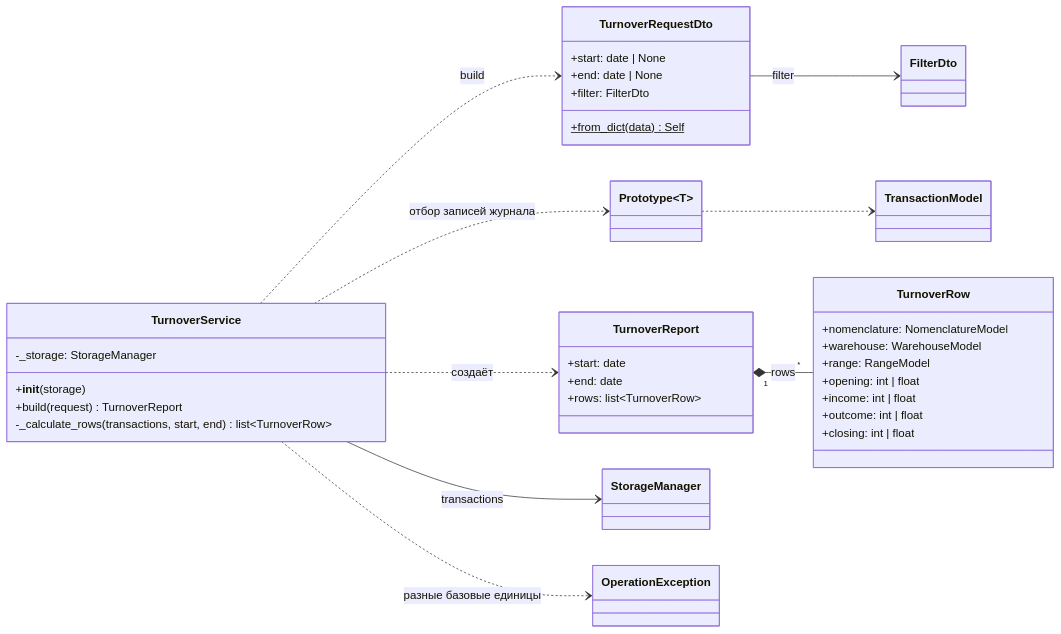
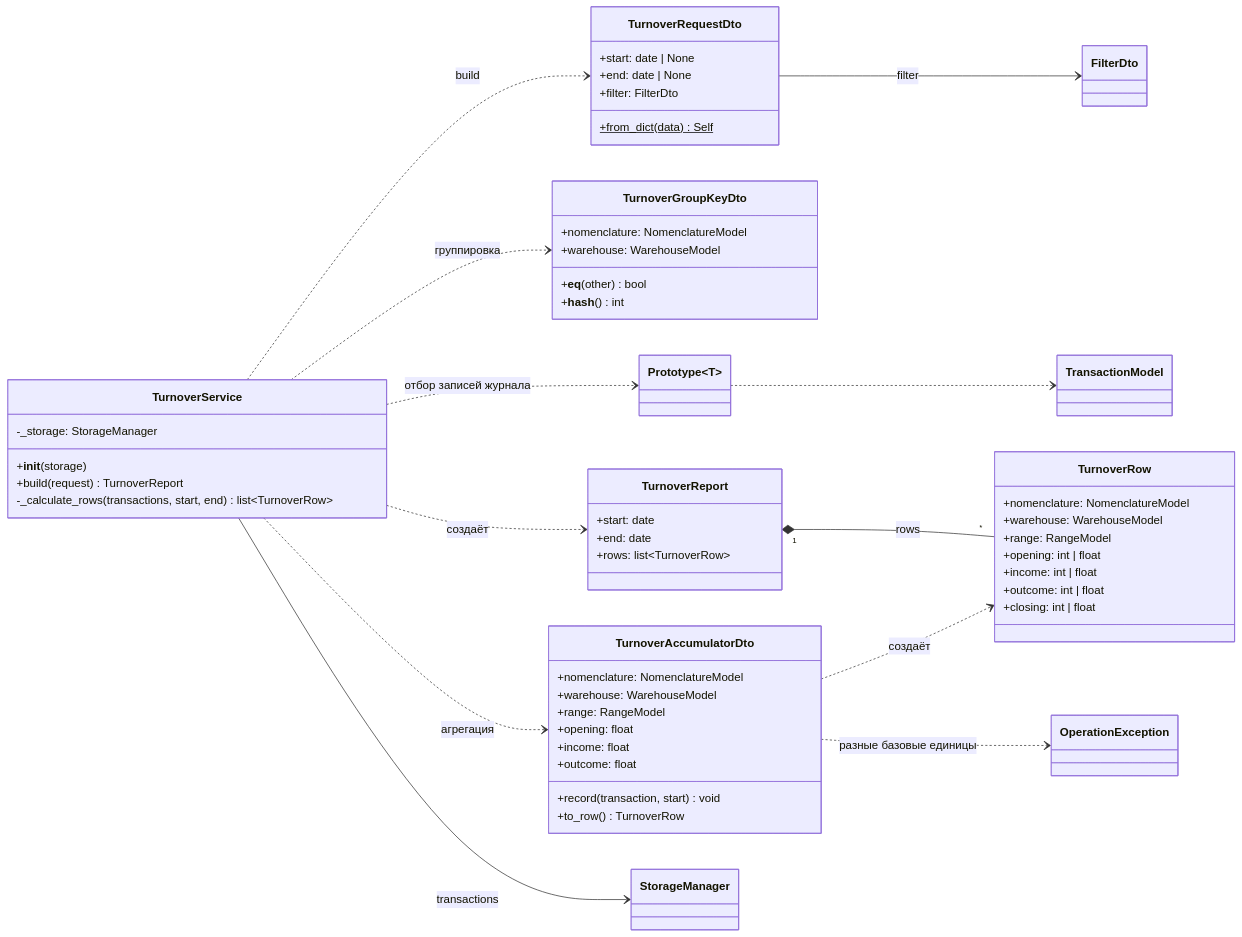
One commit to asutenshi/design-patterns changed diagram 12 of 12 in Docs/ClassDiagram.md. Above: the diagram before and after it, drawn with Mermaid. The commit also changed other lines of this file and 5 other files, not shown here.

Commit message:
refactor: aggregate turnover rows through TurnoverGroupKeyDto and TurnoverAccumulatorDto

````diff
--- a/Docs/ClassDiagram.md
+++ b/Docs/ClassDiagram.md
@@ -1237,49 +1238,70 @@
 ```mermaid
 classDiagram
     direction LR
 
     class TurnoverRequestDto {
         +start: date | None
         +end: date | None
         +filter: FilterDto
         +from_dict(data)$ Self
+    }
+
+    class TurnoverGroupKeyDto {
+        +nomenclature: NomenclatureModel
+        +warehouse: WarehouseModel
+        +__eq__(other) bool
+        +__hash__() int
+    }
+
+    class TurnoverAccumulatorDto {
+        +nomenclature: NomenclatureModel
+        +warehouse: WarehouseModel
+        +range: RangeModel
+        +opening: float
+        +income: float
+        +outcome: float
+        +record(transaction, start) void
+        +to_row() TurnoverRow
     }
 
     class TurnoverService {
         -_storage: StorageManager
         +__init__(storage)
         +build(request) TurnoverReport
         -_calculate_rows(transactions, start, end) list~TurnoverRow~
     }
 
     class TurnoverReport {
         +start: date
         +end: date
         +rows: list~TurnoverRow~
     }
 
     class TurnoverRow {
         +nomenclature: NomenclatureModel
         +warehouse: WarehouseModel
         +range: RangeModel
         +opening: int | float
         +income: int | float
         +outcome: int | float
         +closing: int | float
     }
 
     class Prototype~T~
     class StorageManager
     class TransactionModel
     class FilterDto
     class OperationException
 
     TurnoverRequestDto --> FilterDto : filter
     TurnoverService --> StorageManager : transactions
     TurnoverService ..> TurnoverRequestDto : build
     TurnoverService ..> Prototype : отбор записей журнала
+    TurnoverService ..> TurnoverGroupKeyDto : группировка
+    TurnoverService ..> TurnoverAccumulatorDto : агрегация
+    TurnoverAccumulatorDto ..> TurnoverRow : создаёт
     Prototype ..> TransactionModel
     TurnoverService ..> TurnoverReport : создаёт
     TurnoverReport "1" *-- "*" TurnoverRow : rows
-    TurnoverService ..> OperationException : разные базовые единицы
+    TurnoverAccumulatorDto ..> OperationException : разные базовые единицы
 ```
````
